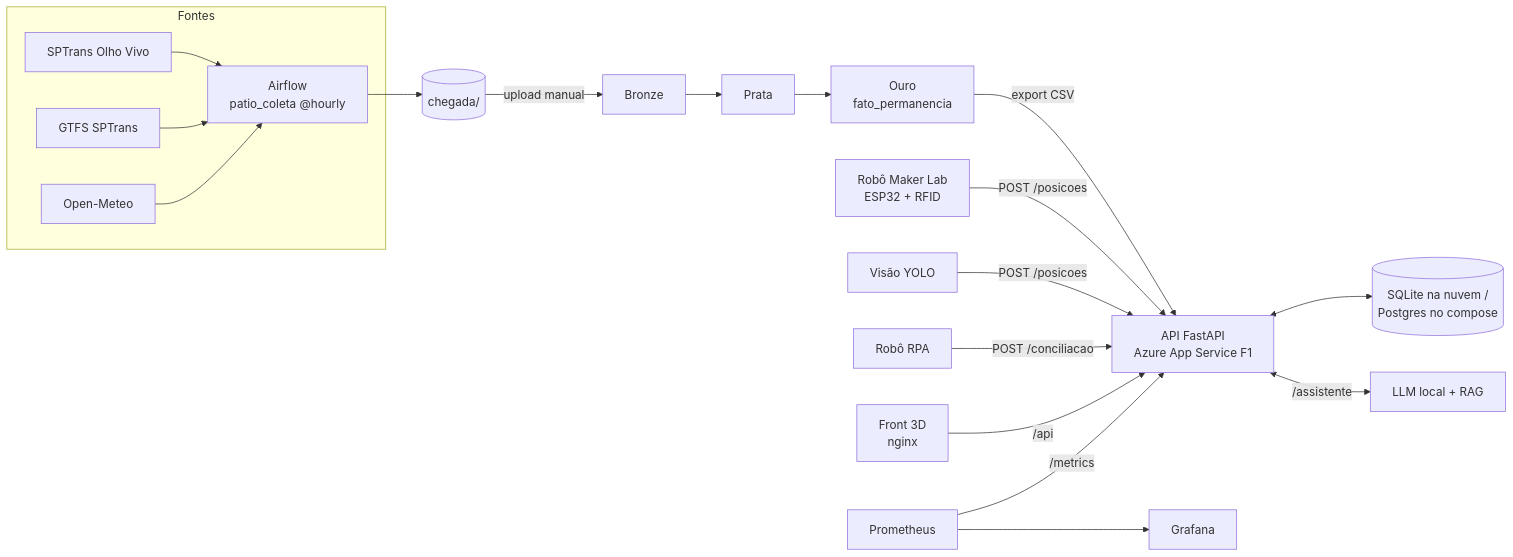
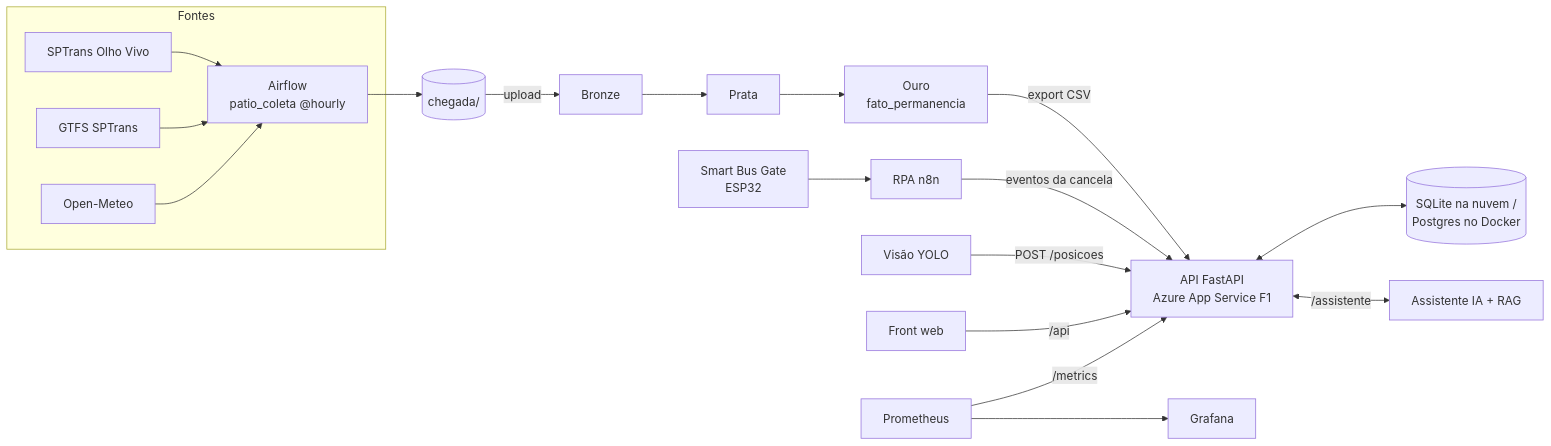
Before and after one commit to FeBressane/patio-monitor: the diagram in README.md, drawn with Mermaid. The commit also changed other lines of this file and 7 other files, not shown here.

First line of the commit message:
README no formato da equipe, coleta da Olho Vivo no ar e repositórios de RPA/Maker Lab

````diff
--- a/README.md
+++ b/README.md
@@ -32,19 +68,19 @@
 ```mermaid
 flowchart LR
   subgraph Fontes
     OV[SPTrans Olho Vivo] --> AF
     GT[GTFS SPTrans] --> AF
     OM[Open-Meteo] --> AF
   end
   AF[Airflow<br/>patio_coleta @hourly] --> CH[(chegada/)]
-  CH -->|upload manual| BR[Bronze] --> PR[Prata] --> OU[Ouro<br/>fato_permanencia]
+  CH -->|upload| BR[Bronze] --> PR[Prata] --> OU[Ouro<br/>fato_permanencia]
   OU -->|export CSV| API
-  ROBO[Robô Maker Lab<br/>ESP32 + RFID] -->|POST /posicoes| API
+  GATE[Smart Bus Gate<br/>ESP32] --> N8N[RPA n8n]
+  N8N -->|eventos da cancela| API
   CAM[Visão YOLO] -->|POST /posicoes| API
-  RPA[Robô RPA] -->|POST /conciliacao| API
-  API[API FastAPI<br/>Azure App Service F1] <--> PG[(SQLite na nuvem /<br/>Postgres no compose)]
-  API <-->|/assistente| LLM[LLM local + RAG]
-  FRONT[Front 3D<br/>nginx] -->|/api| API
+  API[API FastAPI<br/>Azure App Service F1] <--> DB[(SQLite na nuvem /<br/>Postgres no Docker)]
+  API <-->|/assistente| LLM[Assistente IA + RAG]
+  FRONT[Front web] -->|/api| API
   PROM[Prometheus] -->|/metrics| API
   PROM --> GRAF[Grafana]
 ```
````
